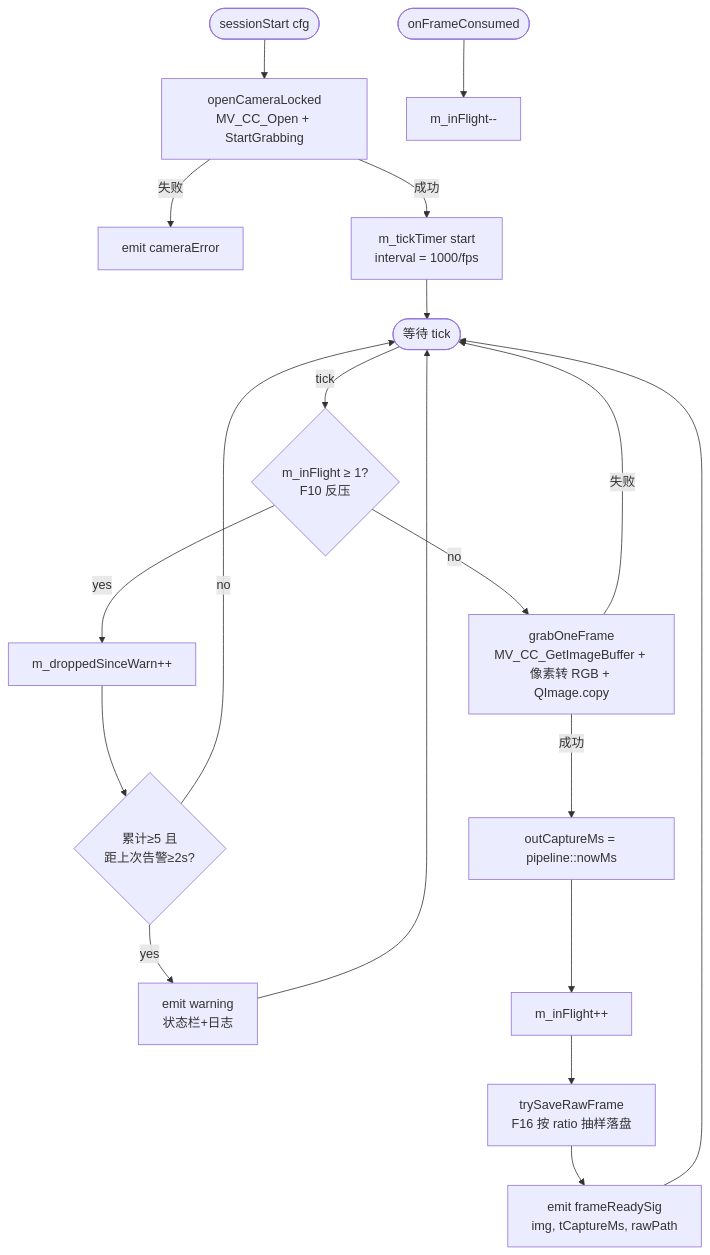
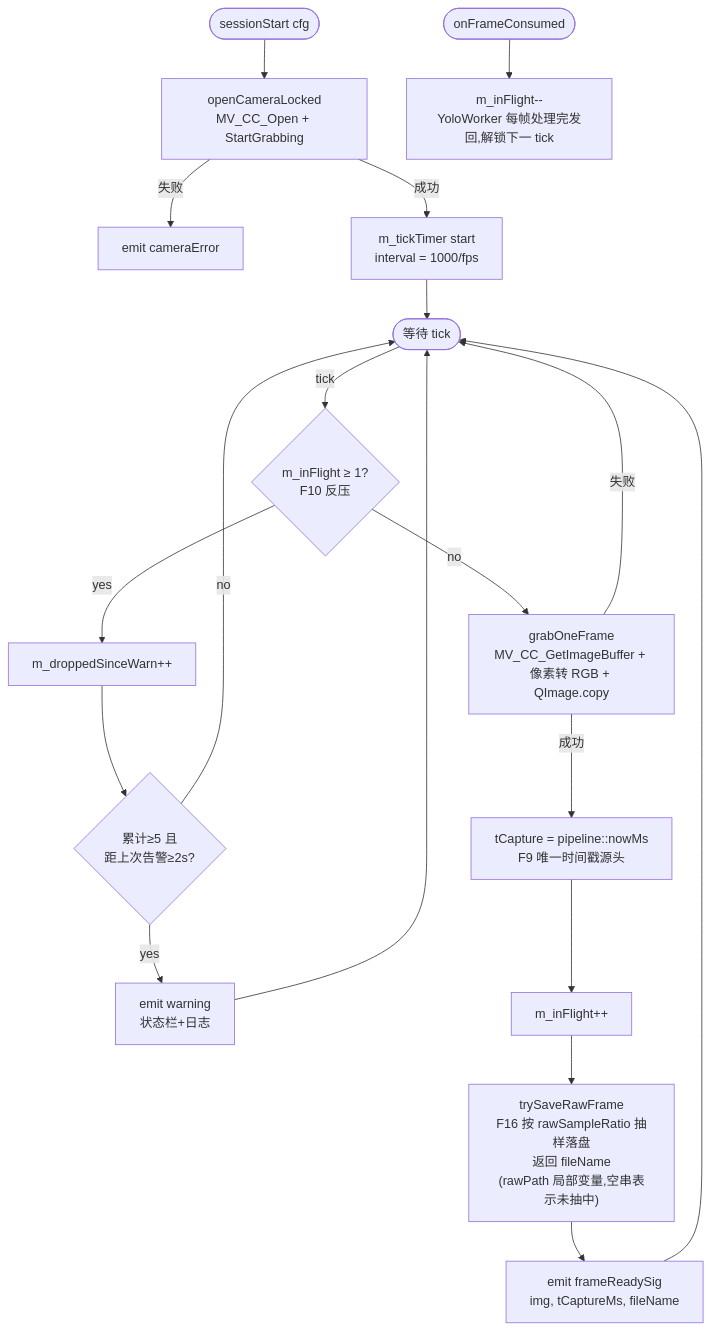
The eighth of 24 diagrams in docs/architecture.md (XiChYo/QINGLV), drawn with Mermaid before and after one commit. The commit also changed other lines of this file and 3 other files, not shown here.

````diff
--- a/docs/architecture.md
+++ b/docs/architecture.md
@@ -376,24 +390,24 @@
 ```mermaid
 flowchart TD
     Start([sessionStart cfg]) --> OpenCam[openCameraLocked<br/>MV_CC_Open + StartGrabbing]
     OpenCam -- 失败 --> Err[emit cameraError]
     OpenCam -- 成功 --> StartTimer[m_tickTimer start<br/>interval = 1000/fps]
     StartTimer --> Wait([等待 tick])
 
     Wait -- tick --> Backp{m_inFlight ≥ 1?<br/>F10 反压}
     Backp -- yes --> Count[m_droppedSinceWarn++]
     Count --> WarnCond{累计≥5 且<br/>距上次告警≥2s?}
     WarnCond -- yes --> EmitWarn[emit warning<br/>状态栏+日志]
     WarnCond -- no --> Wait
     EmitWarn --> Wait
 
     Backp -- no --> Grab[grabOneFrame<br/>MV_CC_GetImageBuffer + 像素转 RGB + QImage.copy]
     Grab -- 失败 --> Wait
-    Grab -- 成功 --> Stamp[outCaptureMs = pipeline::nowMs]
+    Grab -- 成功 --> Stamp[tCapture = pipeline::nowMs<br/>F9 唯一时间戳源头]
     Stamp --> InFlight[m_inFlight++]
-    InFlight --> SaveRaw[trySaveRawFrame<br/>F16 按 ratio 抽样落盘]
-    SaveRaw --> Emit[emit frameReadySig<br/>img, tCaptureMs, rawPath]
+    InFlight --> SaveRaw["trySaveRawFrame<br/>F16 按 rawSampleRatio 抽样落盘<br/>返回 fileName<br/>(rawPath 局部变量,空串表示未抽中)"]
+    SaveRaw --> Emit[emit frameReadySig<br/>img, tCaptureMs, fileName]
     Emit --> Wait
 
-    FC([onFrameConsumed]) --> Dec[m_inFlight--]
+    FC([onFrameConsumed]) --> Dec[m_inFlight--<br/>YoloWorker 每帧处理完发回,解锁下一 tick]
 ```
````
